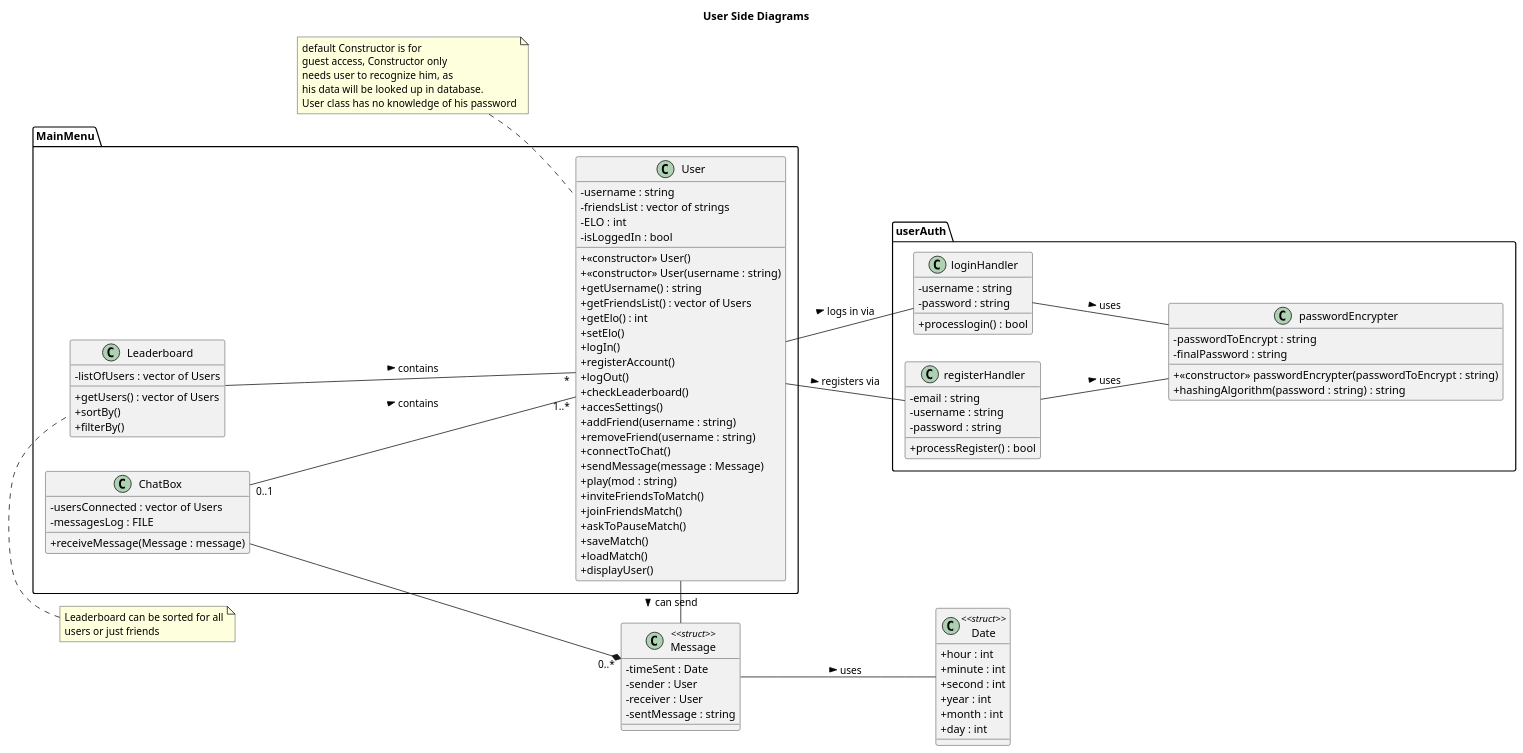
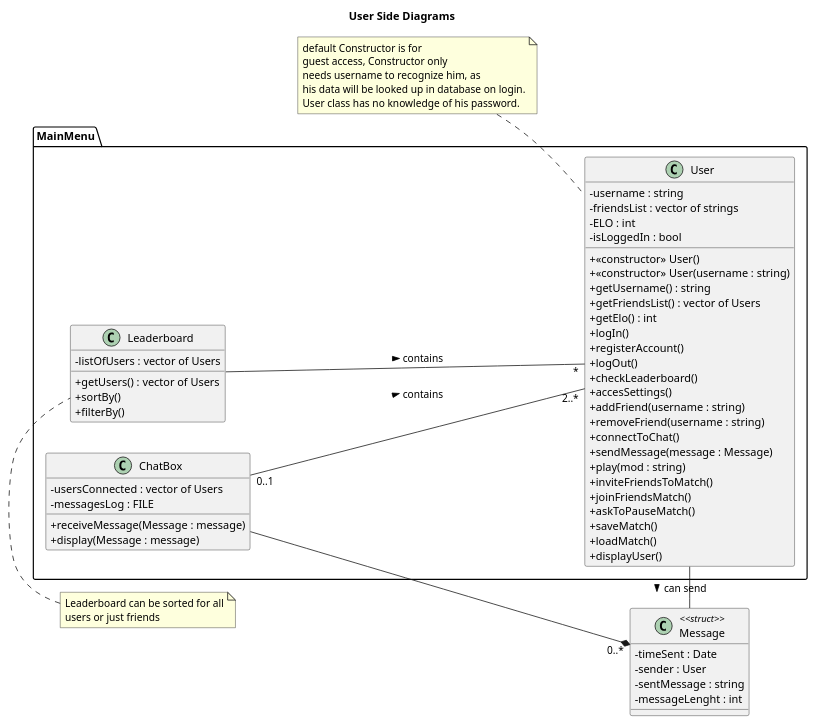
The diagram in UML_Diagrams/UserSideDiagrams.pu (fnieri/Quoridor), drawn with PlantUML before and after one commit.

Commit message:
Improved user class diagram

```diff
--- a/UML_Diagrams/UserSideDiagrams.pu
+++ b/UML_Diagrams/UserSideDiagrams.pu
@@ -1,139 +1,142 @@
 @startuml UserSideDiagrams
 title User Side Diagrams
 skinparam ClassAttributeIconSize 0
 skinparam Guillemet false
 left to right direction
 
 
 package MainMenu {
 
     class User {
         'Fields
             - username : string /' (Could also be guest so no username yet) '/
             - friendsList : vector of strings  /' (Could be empty if no friends. Story of my life :() '/
             - ELO : int
             - isLoggedIn : bool
         'Methods
             + << constructor >> User()
             + << constructor >> User(username : string) 
             + getUsername() : string
             + getFriendsList() : vector of Users
             + getElo() : int
-            + setElo()
             + logIn()
             + registerAccount()
             + logOut()
             + checkLeaderboard()
             + accesSettings()
             + addFriend(username : string)
             + removeFriend(username : string)
             + connectToChat() 
             + sendMessage(message : Message)
             + play(mod : string)
             + inviteFriendsToMatch()
             + joinFriendsMatch()
             + askToPauseMatch()
             + saveMatch()
             + loadMatch()
             + displayUser()
             
             
 
     }
 
         class ChatBox {
             'Fields
             - usersConnected : vector of Users
             - messagesLog : FILE    
         'Methods
             + receiveMessage(Message : message)
+            + display(Message : message)
+
     }
 
 
     class Leaderboard {
         'Fields
             - listOfUsers : vector of Users
         'Methods
             + getUsers() : vector of Users
             + sortBy()
             + filterBy()
     }
 
 
 }
 note left of User
     default Constructor is for 
     guest access, Constructor only
-    needs user to recognize him, as
-    his data will be looked up in database.
-    User class has no knowledge of his password
+    needs username to recognize him, as
+    his data will be looked up in database on login.
+    User class has no knowledge of his password.
 end note
-
+/'
 package userAuth {
 
 
     class loginHandler {
         'Fields
             - username : string
             - password : string
         'Methods
             + processlogin() : bool
     }
 
     class registerHandler {
         'Fields
             - email : string
             - username : string
             - password : string
         'Methods
             + processRegister() : bool
     }
 
     class passwordEncrypter {
         'Fields
             - passwordToEncrypt : string
             - finalPassword : string
         'Methods
             +  << constructor >> passwordEncrypter(passwordToEncrypt : string)
             + hashingAlgorithm(password : string) : string 
 
     }
 
 
 }
+'/
 
 class Message <<struct>> {
     'Fields
         - timeSent : Date
         - sender : User
-        - receiver : User
         - sentMessage : string 
+        - messageLenght : int
     }
 
-
+/'
 class Date <<struct>>{
     'Fields
         +hour : int
         +minute : int
         +second : int
         +year : int
         +month : int
         +day : int
 }
+'/
 
 note top of Leaderboard
     Leaderboard can be sorted for all
     users or just friends
 end note
 
 ChatBox ---* "0..*" Message 
-ChatBox "0..1" --- "1..*" User   : > contains
+ChatBox "0..1" --- "2..*" User   : > contains
 Leaderboard --- "*" User : > contains 
-loginHandler --- passwordEncrypter : > uses
+/'loginHandler --- passwordEncrypter : > uses
 User -- loginHandler : > logs in via
 User -- registerHandler : > registers via
+registerHandler --- passwordEncrypter : > uses
+'/
 User --r-- Message : > can send
-registerHandler --- passwordEncrypter : > uses
-Message -- Date : > uses
 
 @enduml
```
